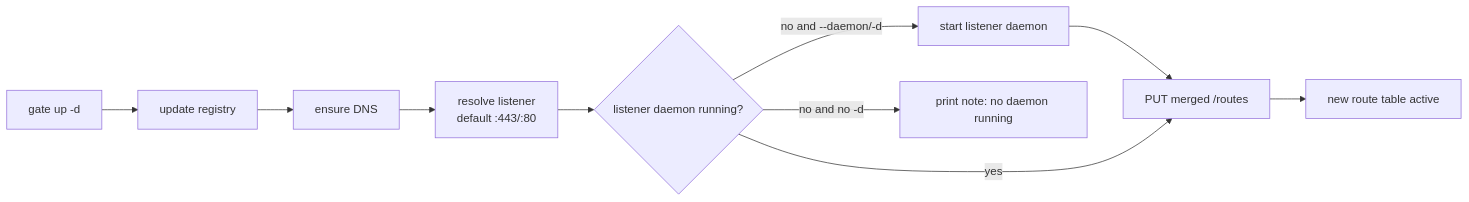
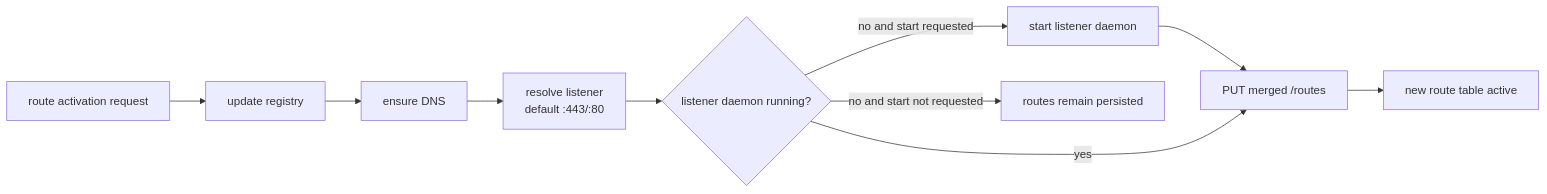
The eighth of 11 diagrams in docs/spec.md (jinyongp/prx), drawn with Mermaid before and after one commit. The commit also changed other lines of this file and 2 other files, not shown here.

````diff
--- a/docs/spec.md
+++ b/docs/spec.md
@@ -379,17 +380,17 @@
 ```mermaid
 flowchart LR
-    cli["gate up -d"]
+    cli["route activation request"]
     store["update registry"]
     dns["ensure DNS"]
     listener["resolve listener<br/>default :443/:80"]
     start{"listener daemon running?"}
     launch["start listener daemon"]
     push["PUT merged /routes"]
     active["new route table active"]
 
     cli --> store --> dns --> listener --> start
-    start -->|"no and --daemon/-d"| launch --> push
+    start -->|"no and start requested"| launch --> push
     start -->|"yes"| push
-    start -->|"no and no -d"| note["print note: no daemon running"]
+    start -->|"no and start not requested"| dormant["routes remain persisted"]
     push --> active
 ```
````
